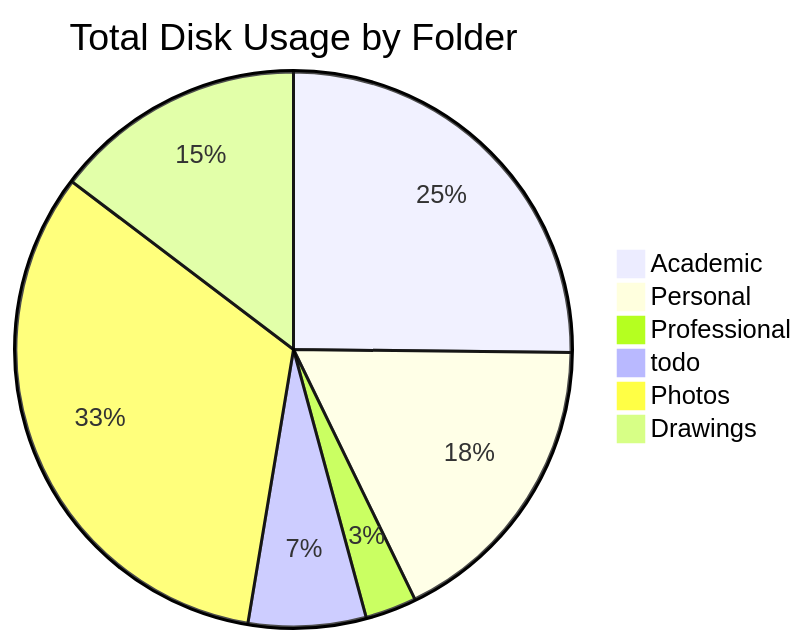
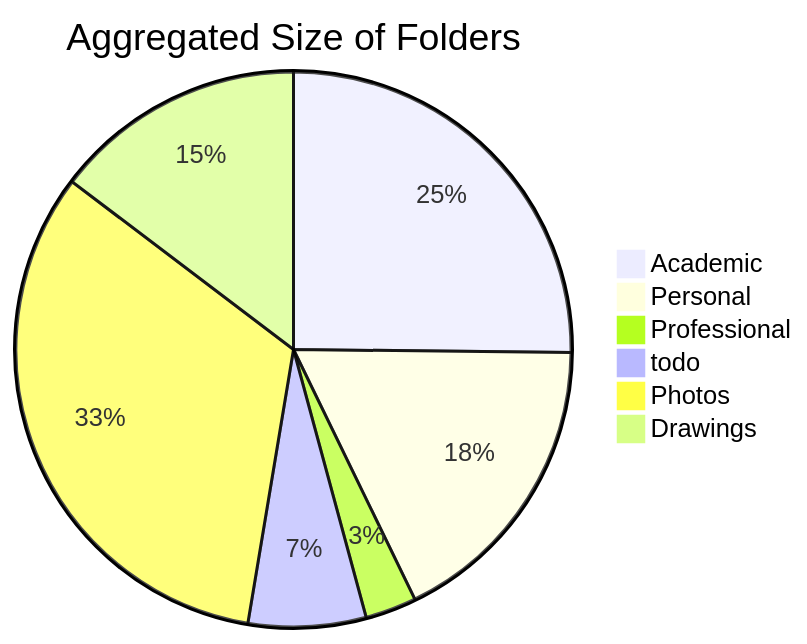
The second of 5 diagrams in README.md (Promptier/disk-usage), drawn with Mermaid before and after one commit. The commit also changed other lines of this file, not shown here.

````diff
--- a/README.md
+++ b/README.md
@@ -26,9 +27,9 @@
 ```mermaid
-pie title Total Disk Usage by Folder
+pie title Aggregated Size of Folders
 	"Academic" : 19488
 	"Personal" : 13646
 	"Professional" : 2309
 	"todo" : 5300
 	"Photos" : 25308
 	"Drawings" : 11363
 ```
````
